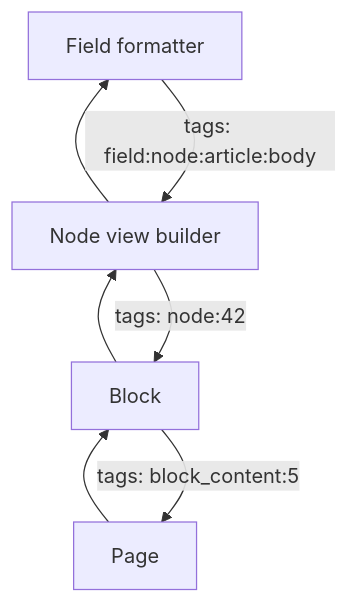
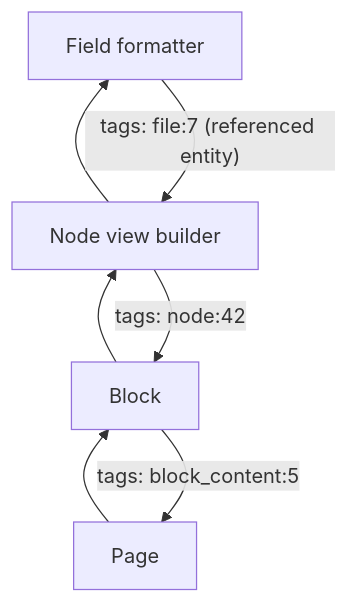
Before and after one commit to amitmaity/drupal-docs: the second of 2 diagrams in docs/caching/cache-tags.md, drawn with Mermaid. The commit also changed other lines of this file and 83 other files, not shown here.

````diff
--- a/docs/caching/cache-tags.md
+++ b/docs/caching/cache-tags.md
@@ -115,9 +115,9 @@
 ```mermaid
 graph BT
     Page --> Block
     Block --> NodeView[Node view builder]
     NodeView --> FieldFormatter[Field formatter]
-    FieldFormatter -->|"tags: field:node:article:body"| NodeView
+    FieldFormatter -->|"tags: file:7 (referenced entity)"| NodeView
     NodeView -->|"tags: node:42"| Block
     Block -->|"tags: block_content:5"| Page
 ```
````
